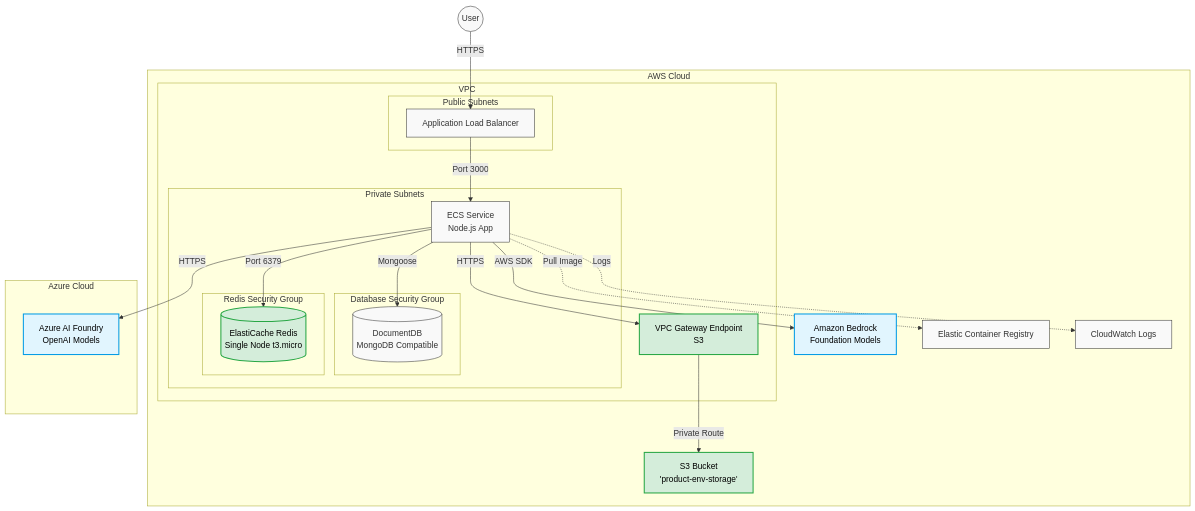
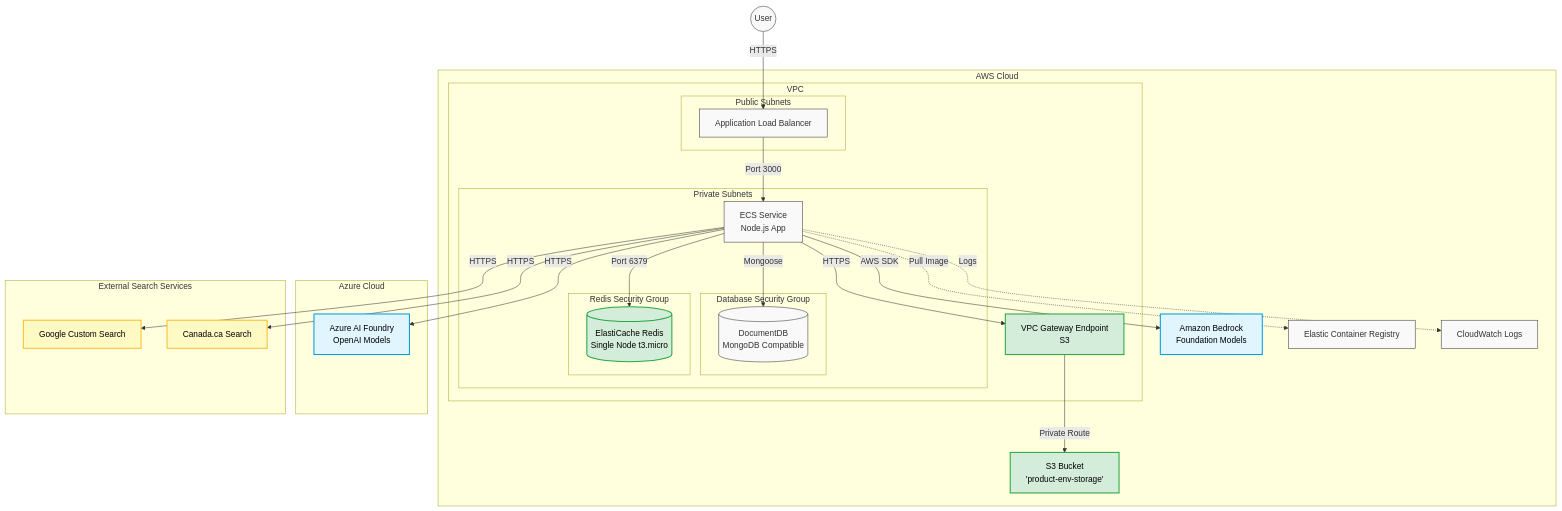
Before and after one commit to cds-snc/ai-answers: the diagram in docs/architecture/infrastructure-diagram.md, drawn with Mermaid. The commit also changed other lines of this file, not shown here.

Commit message:
feat: add infrastructure diagram detailing new Redis, S3, Bedrock, Azure AI Foundry, and external search service integrations.

````diff
--- a/docs/architecture/infrastructure-diagram.md
+++ b/docs/architecture/infrastructure-diagram.md
@@ -5,59 +5,67 @@
 ```mermaid
 graph TD
     User((User)) -->|HTTPS| ALB
     
     subgraph AWS_Cloud [AWS Cloud]
         subgraph VPC [VPC]
             
             subgraph Public_Subnets [Public Subnets]
                 ALB[Application Load Balancer]
             end
             
             subgraph Private_Subnets [Private Subnets]
                 ECS[ECS Service <br/> Node.js App]
                 
                 subgraph Database [Database Security Group]
                     DocDB[(DocumentDB <br/> MongoDB Compatible)]
                 end
                 
                 
                 subgraph Redis_Infra [Redis Security Group]
                     Redis[(ElastiCache Redis <br/> Single Node t3.micro)]:::new
                 end
             end
             
             VPCE[VPC Gateway Endpoint <br/> S3]:::new
         end
         
         S3[S3 Bucket <br/> 'product-env-storage']:::new
         Bedrock[Amazon Bedrock <br/> Foundation Models]:::model
         ECR[Elastic Container Registry]
         CW[CloudWatch Logs]
     end
 
     subgraph Azure_Cloud [Azure Cloud]
         AzFoundry[Azure AI Foundry <br/> OpenAI Models]:::model
     end
     
+    subgraph External_Search [External Search Services]
+        Google[Google Custom Search]:::search
+        CanadaCA[Canada.ca Search]:::search
+    end
+    
     %% Traffic Flows
     ALB -->|Port 3000| ECS
     ECS -->|Mongoose| DocDB
     
     %% New Connections
     ECS -->|Port 6379| Redis
     ECS -->|HTTPS| VPCE
     VPCE -->|Private Route| S3
     ECS -->|AWS SDK| Bedrock
     ECS -->|HTTPS| AzFoundry
+    ECS -->|HTTPS| Google
+    ECS -->|HTTPS| CanadaCA
     
     %% Supporting Services
     ECS -.->|Pull Image| ECR
     ECS -.->|Logs| CW
 
     %% Legend / Styling
     classDef default fill:#f9f9f9,stroke:#333,stroke-width:1px;
     classDef new fill:#d4edda,stroke:#28a745,stroke-width:2px,color:#000;
     classDef model fill:#e1f5fe,stroke:#039be5,stroke-width:2px,color:#000;
+    classDef search fill:#fff9c4,stroke:#fbc02d,stroke-width:2px,color:#000;
     
     linkStyle default stroke:#333,stroke-width:1px;
 ```
````
